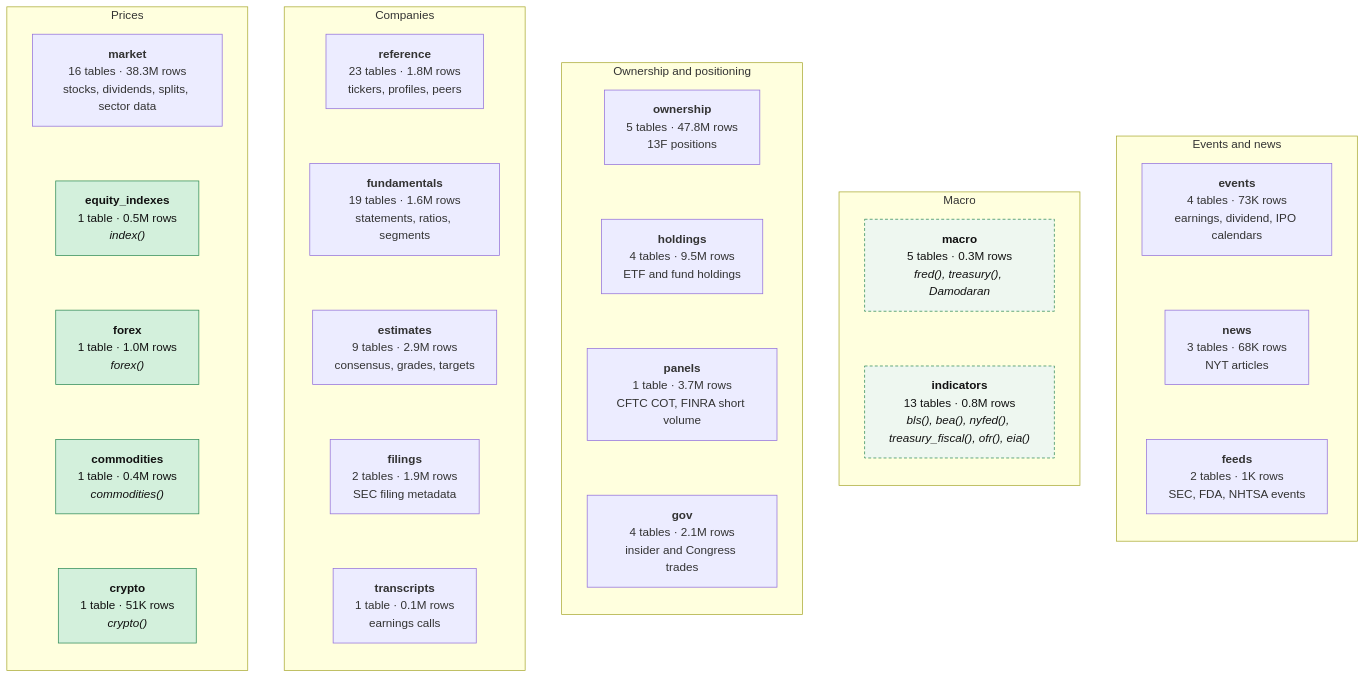
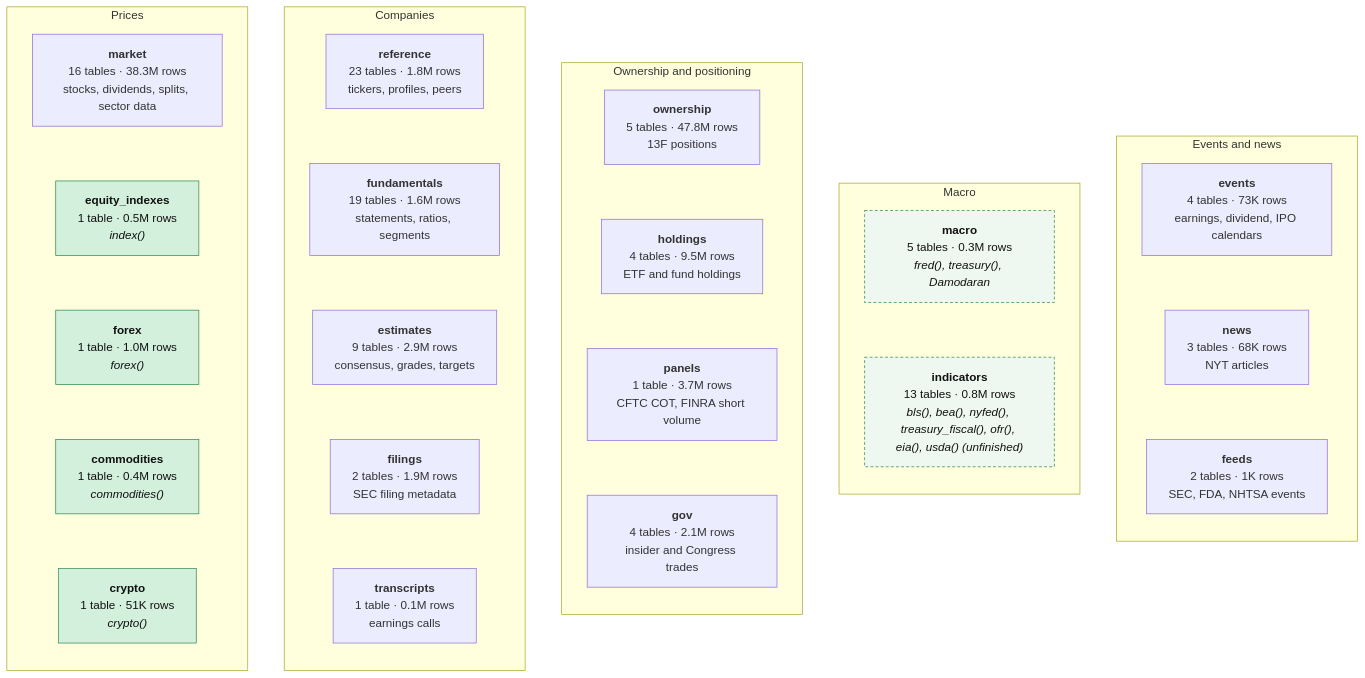
Before and after one commit to AnshArora04/arora_data: the third of 3 diagrams in README.md, drawn with Mermaid. The commit also changed other lines of this file and 7 other files, not shown here.

First line of the commit message:
feat: usda() and usda_series() over indicators.usda (unfinished)

````diff
--- a/README.md
+++ b/README.md
@@ -81,48 +81,48 @@
 ```mermaid
 flowchart LR
   subgraph PR["Prices"]
     direction TB
     market["<b>market</b><br/>16 tables · 38.3M rows<br/>stocks, dividends, splits, sector data"]
     equity_indexes["<b>equity_indexes</b><br/>1 table · 0.5M rows<br/><i>index()</i>"]
     forex["<b>forex</b><br/>1 table · 1.0M rows<br/><i>forex()</i>"]
     commodities["<b>commodities</b><br/>1 table · 0.4M rows<br/><i>commodities()</i>"]
     crypto["<b>crypto</b><br/>1 table · 51K rows<br/><i>crypto()</i>"]
   end
   subgraph CO["Companies"]
     direction TB
     reference["<b>reference</b><br/>23 tables · 1.8M rows<br/>tickers, profiles, peers"]
     fundamentals["<b>fundamentals</b><br/>19 tables · 1.6M rows<br/>statements, ratios, segments"]
     estimates["<b>estimates</b><br/>9 tables · 2.9M rows<br/>consensus, grades, targets"]
     filings["<b>filings</b><br/>2 tables · 1.9M rows<br/>SEC filing metadata"]
     transcripts["<b>transcripts</b><br/>1 table · 0.1M rows<br/>earnings calls"]
   end
   subgraph OW["Ownership and positioning"]
     direction TB
     ownership["<b>ownership</b><br/>5 tables · 47.8M rows<br/>13F positions"]
     holdings["<b>holdings</b><br/>4 tables · 9.5M rows<br/>ETF and fund holdings"]
     panels["<b>panels</b><br/>1 table · 3.7M rows<br/>CFTC COT, FINRA short volume"]
     gov["<b>gov</b><br/>4 tables · 2.1M rows<br/>insider and Congress trades"]
   end
   subgraph MA["Macro"]
     direction TB
     macro["<b>macro</b><br/>5 tables · 0.3M rows<br/><i>fred(), treasury(), Damodaran</i>"]
-    indicators["<b>indicators</b><br/>13 tables · 0.8M rows<br/><i>bls(), bea(), nyfed(), treasury_fiscal(), ofr(), eia()</i>"]
+    indicators["<b>indicators</b><br/>13 tables · 0.8M rows<br/><i>bls(), bea(), nyfed(), treasury_fiscal(), ofr(), eia(), usda() (unfinished)</i>"]
   end
   subgraph EV["Events and news"]
     direction TB
     events["<b>events</b><br/>4 tables · 73K rows<br/>earnings, dividend, IPO calendars"]
     news["<b>news</b><br/>3 tables · 68K rows<br/>NYT articles"]
     feeds["<b>feeds</b><br/>2 tables · 1K rows<br/>SEC, FDA, NHTSA events"]
   end
   PR ~~~ CO ~~~ OW ~~~ MA ~~~ EV
   market ~~~ equity_indexes ~~~ forex ~~~ commodities ~~~ crypto
   reference ~~~ fundamentals ~~~ estimates ~~~ filings ~~~ transcripts
   ownership ~~~ holdings ~~~ panels ~~~ gov
   macro ~~~ indicators
   events ~~~ news ~~~ feeds
 
   classDef read fill:#d3f0dc,stroke:#2e8b57,color:#111
   classDef part fill:#eef7f0,stroke:#2e8b57,stroke-dasharray:4 3,color:#111
   class equity_indexes,forex,commodities,crypto read
   class macro,indicators part
 ```
````
